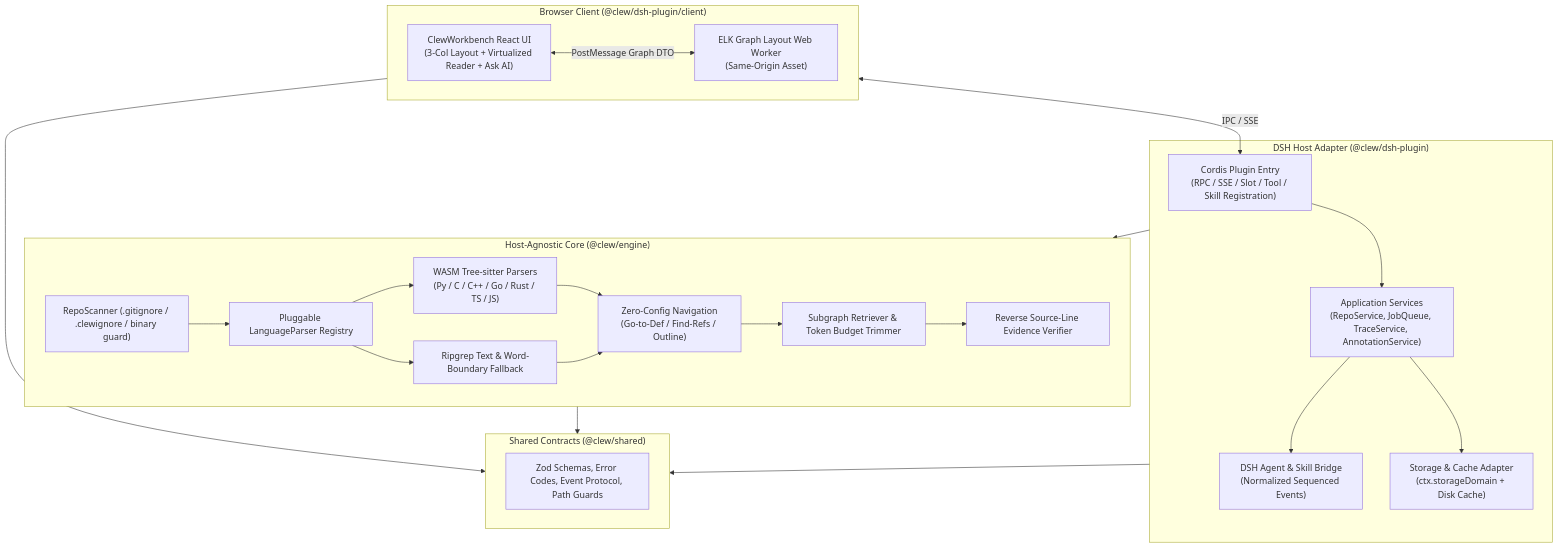
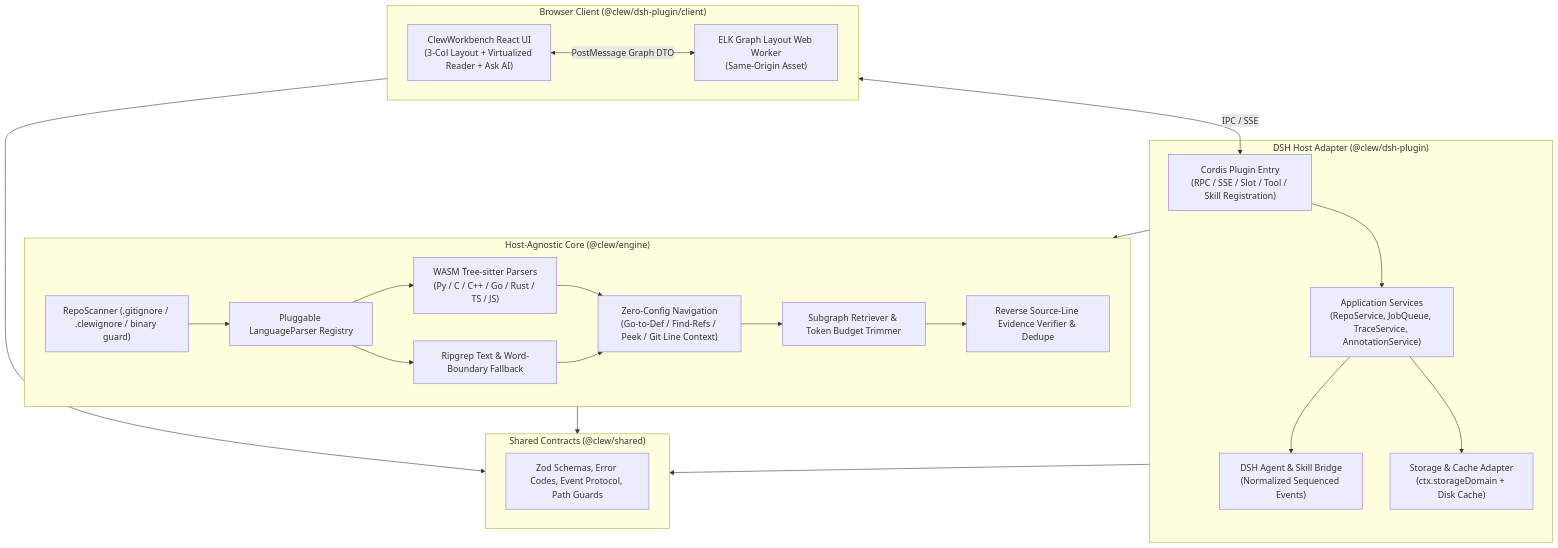
One commit to xzwsloser/clew changed the second of 4 diagrams in docs/ARCHITECTURE.md. Above: the diagram before and after it, drawn with Mermaid. The commit also changed 18 other files, not shown here.

````diff
--- a/docs/ARCHITECTURE.md
+++ b/docs/ARCHITECTURE.md
@@ -32,46 +32,46 @@
 ```mermaid
 flowchart TB
     subgraph Client["Browser Client (@clew/dsh-plugin/client)"]
         UI["ClewWorkbench React UI\n(3-Col Layout + Virtualized Reader + Ask AI)"]
         Worker["ELK Graph Layout Web Worker\n(Same-Origin Asset)"]
         UI <-->|PostMessage Graph DTO| Worker
     end
 
     subgraph Plugin["DSH Host Adapter (@clew/dsh-plugin)"]
         Host["Cordis Plugin Entry\n(RPC / SSE / Slot / Tool / Skill Registration)"]
         AppSvc["Application Services\n(RepoService, JobQueue, TraceService, AnnotationService)"]
         AgentBridge["DSH Agent & Skill Bridge\n(Normalized Sequenced Events)"]
         StorageAdapter["Storage & Cache Adapter\n(ctx.storageDomain + Disk Cache)"]
         Host --> AppSvc
         AppSvc --> AgentBridge
         AppSvc --> StorageAdapter
     end
 
     subgraph Engine["Host-Agnostic Core (@clew/engine)"]
         Scanner["RepoScanner (.gitignore / .clewignore / binary guard)"]
         ParserReg["Pluggable LanguageParser Registry"]
         WasmParsers["WASM Tree-sitter Parsers\n(Py / C / C++ / Go / Rust / TS / JS)"]
         RgFallback["Ripgrep Text & Word-Boundary Fallback"]
-        Nav["Zero-Config Navigation\n(Go-to-Def / Find-Refs / Outline)"]
+        Nav["Zero-Config Navigation\n(Go-to-Def / Find-Refs / Peek / Git Line Context)"]
         Graph["Subgraph Retriever & Token Budget Trimmer"]
-        Verifier["Reverse Source-Line Evidence Verifier"]
+        Verifier["Reverse Source-Line Evidence Verifier & Dedupe"]
 
         Scanner --> ParserReg
         ParserReg --> WasmParsers
         ParserReg --> RgFallback
         WasmParsers --> Nav
         RgFallback --> Nav
         Nav --> Graph
         Graph --> Verifier
     end
 
     subgraph Shared["Shared Contracts (@clew/shared)"]
         Contracts["Zod Schemas, Error Codes, Event Protocol, Path Guards"]
     end
 
     Client <-->|IPC / SSE| Host
     Plugin --> Engine
     Plugin --> Shared
     Engine --> Shared
     Client --> Shared
 ```
````
